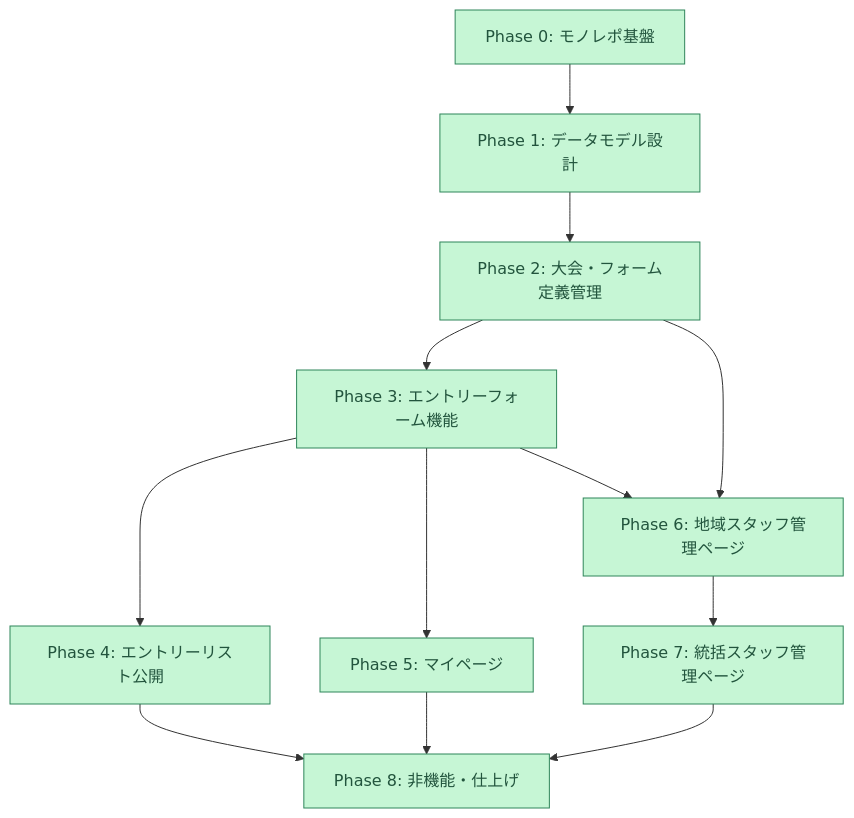
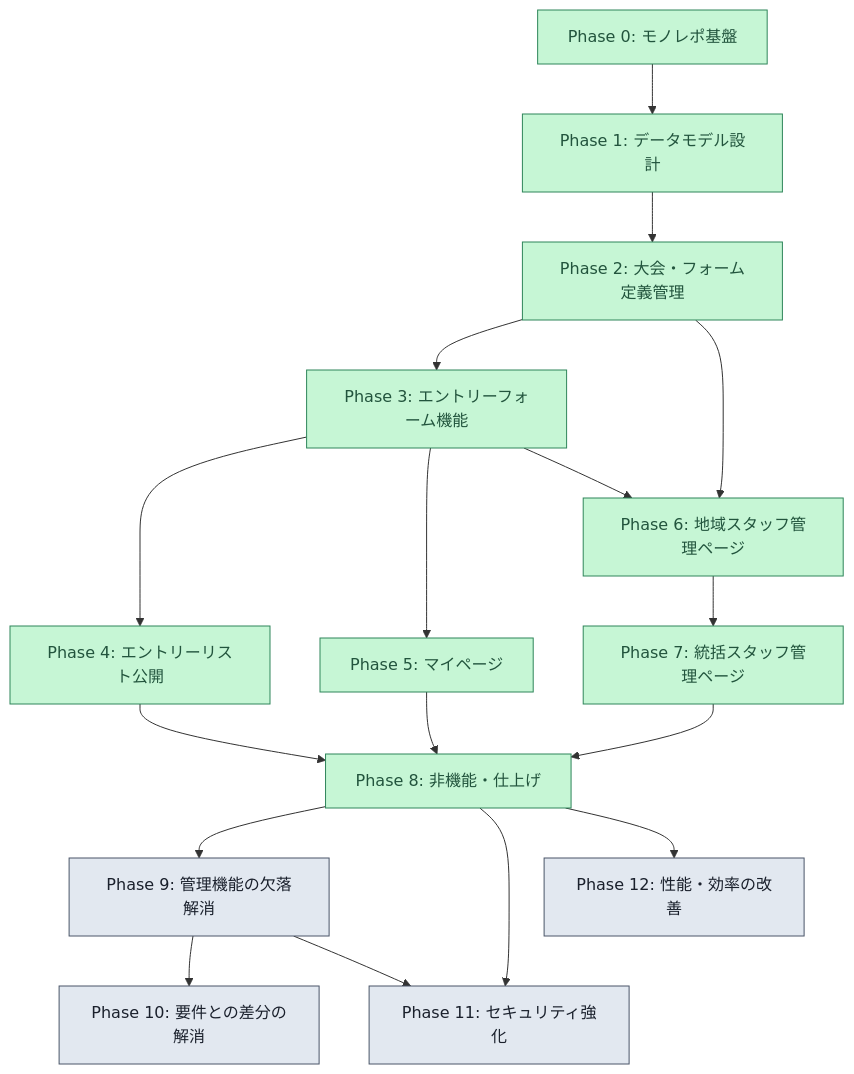
One commit to m-uesaka/regional-quiz-entry-form changed the first of 12 diagrams in tasks.md. Above: the diagram before and after it, drawn with Mermaid. The commit also changed other lines of this file and 21 other files, not shown here.

````diff
--- a/tasks.md
+++ b/tasks.md
@@ -68,17 +97,24 @@
 ```mermaid
 graph TD
   P0["Phase 0: モノレポ基盤"]:::done --> P1["Phase 1: データモデル設計"]:::done
   P1 --> P2["Phase 2: 大会・フォーム定義管理"]:::done
   P2 --> P3["Phase 3: エントリーフォーム機能"]:::done
   P3 --> P4["Phase 4: エントリーリスト公開"]:::done
   P3 --> P5["Phase 5: マイページ"]:::done
   P2 --> P6["Phase 6: 地域スタッフ管理ページ"]:::done
   P3 --> P6
   P6 --> P7["Phase 7: 統括スタッフ管理ページ"]:::done
   P4 --> P8["Phase 8: 非機能・仕上げ"]:::done
   P5 --> P8
   P7 --> P8
 
+  P8 --> P9["Phase 9: 管理機能の欠落解消"]:::todo
+  P9 --> P10["Phase 10: 要件との差分の解消"]:::todo
+  P8 --> P11["Phase 11: セキュリティ強化"]:::todo
+  P9 --> P11
+  P8 --> P12["Phase 12: 性能・効率の改善"]:::todo
+
   classDef done fill:#c6f6d5,stroke:#2f855a,color:#22543d;
   classDef wip fill:#fef3c7,stroke:#d97706,color:#78350f;
+  classDef todo fill:#e2e8f0,stroke:#4a5568,color:#1a202c;
 ```
````
